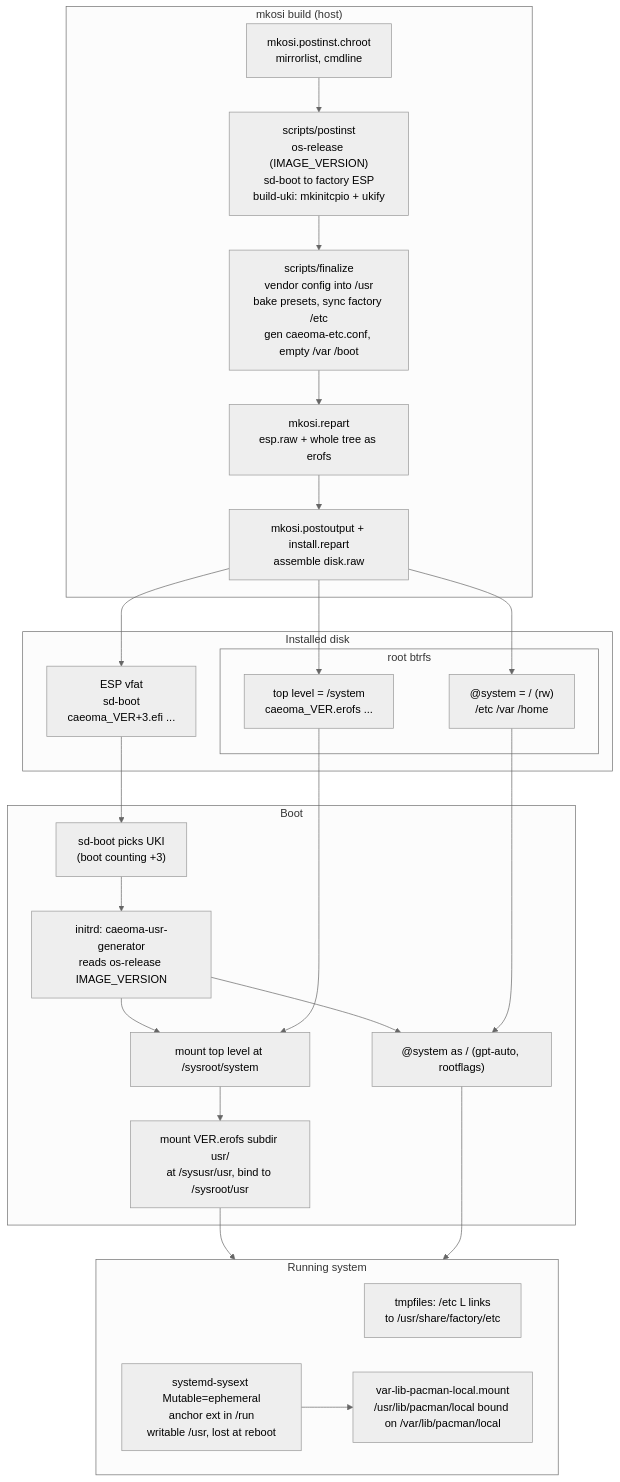
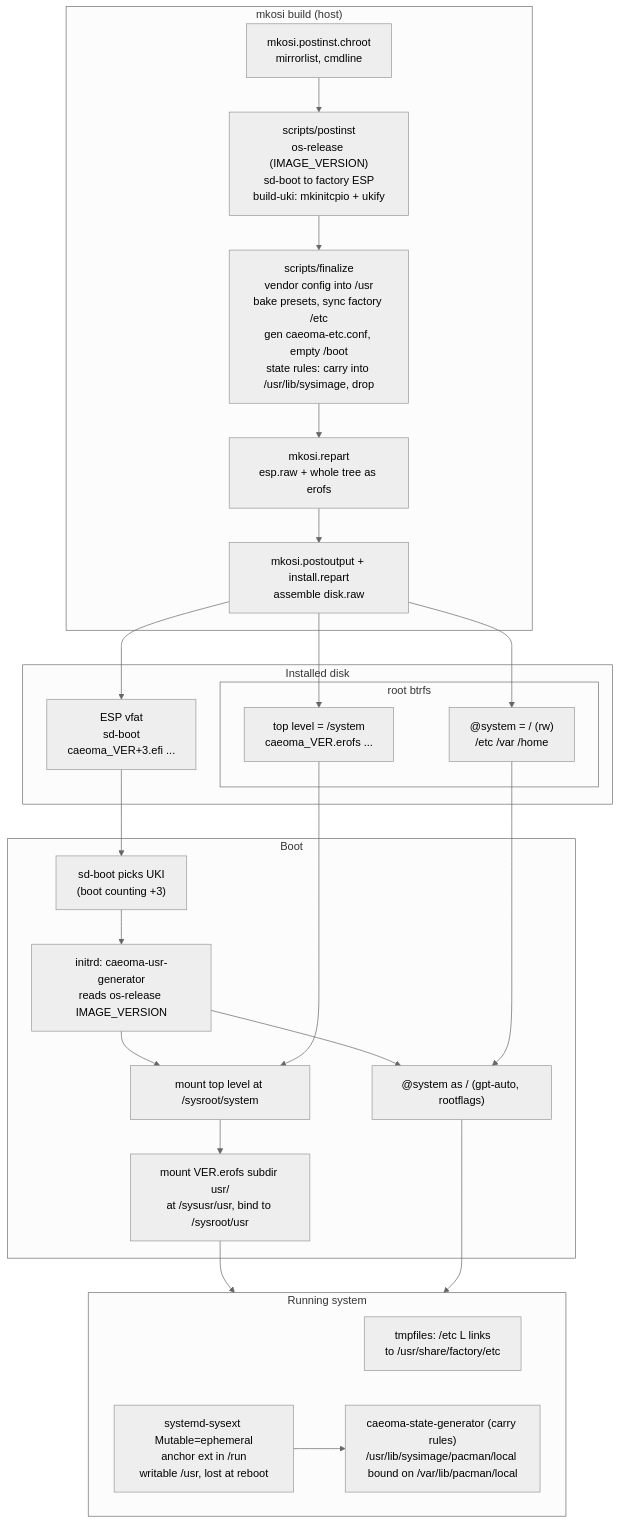
Before and after one commit to h8d13/caeoma: the first of 2 diagrams in docs/DESIGN.md, drawn with Mermaid (neutral theme). The commit also changed other lines of this file and 9 other files, not shown here.

````diff
--- a/docs/DESIGN.md
+++ b/docs/DESIGN.md
@@ -5,47 +5,47 @@
 ```mermaid
 flowchart TD
 	subgraph BUILD["mkosi build (host)"]
 		P["mkosi.postinst.chroot<br/>mirrorlist, cmdline"]
 		PI["scripts/postinst<br/>os-release (IMAGE_VERSION)<br/>sd-boot to factory ESP<br/>build-uki: mkinitcpio + ukify"]
-		F["scripts/finalize<br/>vendor config into /usr<br/>bake presets, sync factory /etc<br/>gen caeoma-etc.conf, empty /var /boot"]
+		F["scripts/finalize<br/>vendor config into /usr<br/>bake presets, sync factory /etc<br/>gen caeoma-etc.conf, empty /boot<br/>state rules: carry into /usr/lib/sysimage, drop"]
 		R["mkosi.repart<br/>esp.raw + whole tree as erofs"]
 		PO["mkosi.postoutput + install.repart<br/>assemble disk.raw"]
 		P --> PI --> F --> R --> PO
 	end
 
 	subgraph DISK["Installed disk"]
 		ESP["ESP vfat<br/>sd-boot<br/>caeoma_VER+3.efi ..."]
 		subgraph BTRFS["root btrfs"]
 			TOP["top level = /system<br/>caeoma_VER.erofs ..."]
 			SYS["@system = / (rw)<br/>/etc /var /home"]
 		end
 	end
 
 	PO --> ESP
 	PO --> TOP
 	PO --> SYS
 
 	subgraph BOOT["Boot"]
 		SB["sd-boot picks UKI<br/>(boot counting +3)"]
 		GEN["initrd: caeoma-usr-generator<br/>reads os-release IMAGE_VERSION"]
 		M1["mount top level at /sysroot/system"]
 		M2["mount VER.erofs subdir usr/<br/>at /sysusr/usr, bind to /sysroot/usr"]
 		ROOT["@system as / (gpt-auto, rootflags)"]
 		SB --> GEN --> M1 --> M2
 		GEN --> ROOT
 	end
 
 	ESP --> SB
 	TOP --> M1
 	SYS --> ROOT
 
 	subgraph RUN["Running system"]
 		ETC["tmpfiles: /etc L links<br/>to /usr/share/factory/etc"]
-		PAC["var-lib-pacman-local.mount<br/>/usr/lib/pacman/local bound on /var/lib/pacman/local"]
+		PAC["caeoma-state-generator (carry rules)<br/>/usr/lib/sysimage/pacman/local bound on /var/lib/pacman/local"]
 		SX["systemd-sysext Mutable=ephemeral<br/>anchor ext in /run<br/>writable /usr, lost at reboot"]
 		SX --> PAC
 	end
 
 	M2 --> RUN
 	ROOT --> RUN
 ```
````
